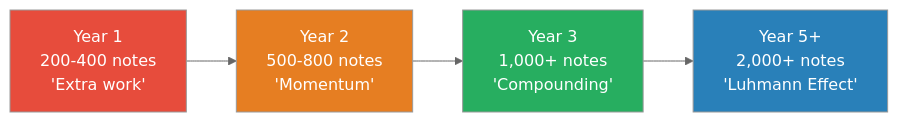
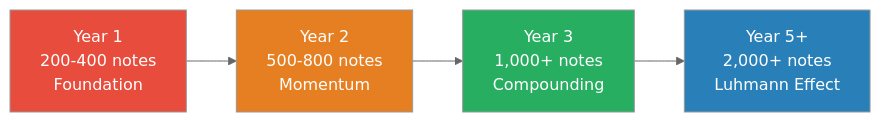
One commit to alius33/reader changed the fifth of 6 diagrams in summaries/Mindset & Self-Mastery/How to Take Smart Notes - Sonke Ahrens.md. Above: the diagram before and after it, drawn with Mermaid (neutral theme). The commit also changed other lines of this file and 272 other files, not shown here.

````diff
--- a/summaries/Mindset & Self-Mastery/How to Take Smart Notes - Sonke Ahrens.md
+++ b/summaries/Mindset & Self-Mastery/How to Take Smart Notes - Sonke Ahrens.md
@@ -559,10 +790,10 @@
 ```mermaid
 flowchart LR
-    Y1["Year 1\n200-400 notes\n'Extra work'"] --> Y2["Year 2\n500-800 notes\n'Momentum'"]
-    Y2 --> Y3["Year 3\n1,000+ notes\n'Compounding'"]
-    Y3 --> Y5["Year 5+\n2,000+ notes\n'Luhmann Effect'"]
+    Y1["Year 1<br>200-400 notes<br>Foundation"] --> Y2["Year 2<br>500-800 notes<br>Momentum"]
+    Y2 --> Y3["Year 3<br>1,000+ notes<br>Compounding"]
+    Y3 --> Y5["Year 5+<br>2,000+ notes<br>Luhmann Effect"]
     style Y1 fill:#e74c3c,color:#fff
     style Y2 fill:#e67e22,color:#fff
     style Y3 fill:#27ae60,color:#fff
     style Y5 fill:#2980b9,color:#fff
 ```
````
